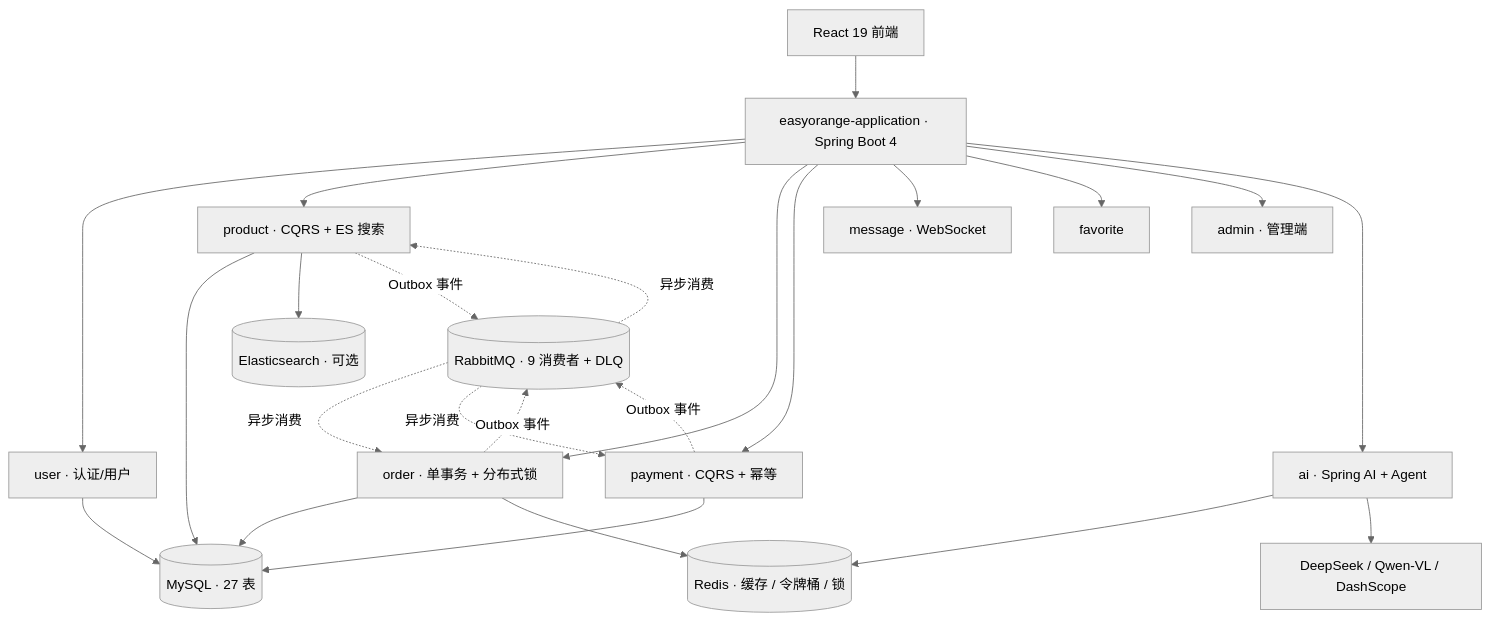
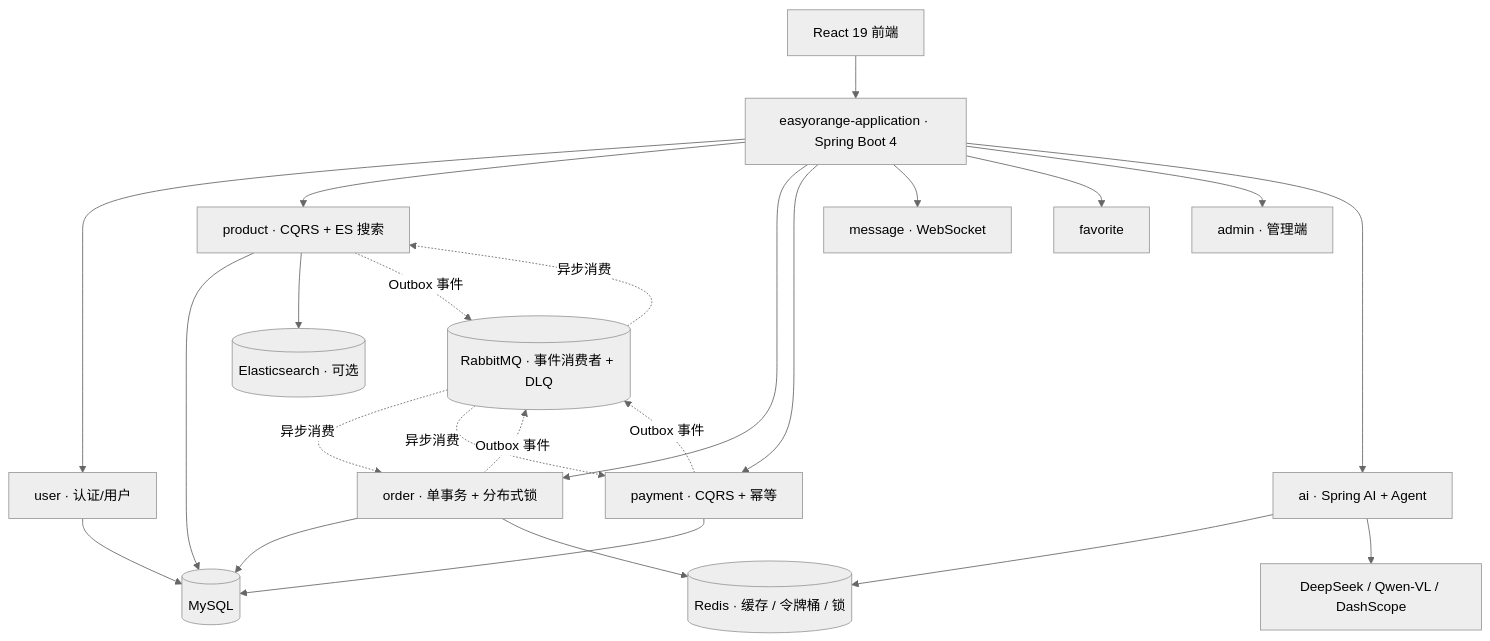
Before and after one commit to Xytheria-t/EasyOrange: the diagram in README.md, drawn with Mermaid (neutral theme). The commit also changed other lines of this file and 16 other files, not shown here.

````diff
--- a/README.md
+++ b/README.md
@@ -92,44 +92,44 @@
 ```mermaid
 flowchart TB
     FE["React 19 前端"]
     APP["easyorange-application · Spring Boot 4"]
     USER["user · 认证/用户"]
     PROD["product · CQRS + ES 搜索"]
     ORD["order · 单事务 + 分布式锁"]
     PAY["payment · CQRS + 幂等"]
     MSG["message · WebSocket"]
     FAV["favorite"]
     ADMIN["admin · 管理端"]
     AI["ai · Spring AI + Agent"]
-    MQ[("RabbitMQ · 9 消费者 + DLQ")]
-    DB[("MySQL · 27 表")]
+    MQ[("RabbitMQ · 事件消费者 + DLQ")]
+    DB[("MySQL")]
     REDIS[("Redis · 缓存 / 令牌桶 / 锁")]
     ES[("Elasticsearch · 可选")]
     LLM["DeepSeek / Qwen-VL / DashScope"]
 
     FE --> APP
     APP --> USER
     APP --> PROD
     APP --> ORD
     APP --> PAY
     APP --> MSG
     APP --> FAV
     APP --> ADMIN
     APP --> AI
 
     USER --> DB
     PROD --> DB
     ORD --> DB
     PAY --> DB
     PROD --> ES
     ORD --> REDIS
     AI --> REDIS
     AI --> LLM
 
     PROD -. "Outbox 事件" .-> MQ
     ORD -. "Outbox 事件" .-> MQ
     PAY -. "Outbox 事件" .-> MQ
     MQ -. "异步消费" .-> PROD
     MQ -. "异步消费" .-> ORD
     MQ -. "异步消费" .-> PAY
 ```
````
